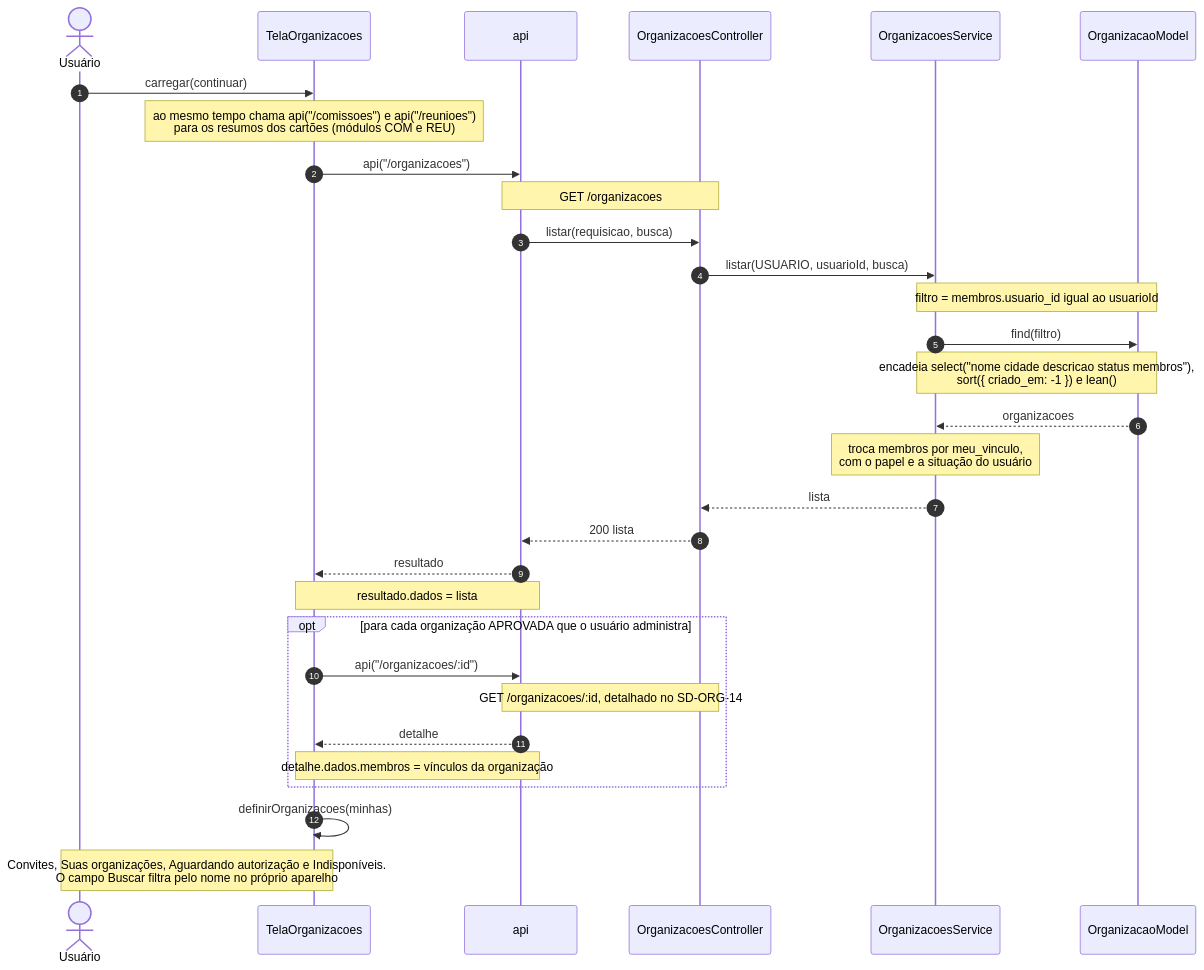
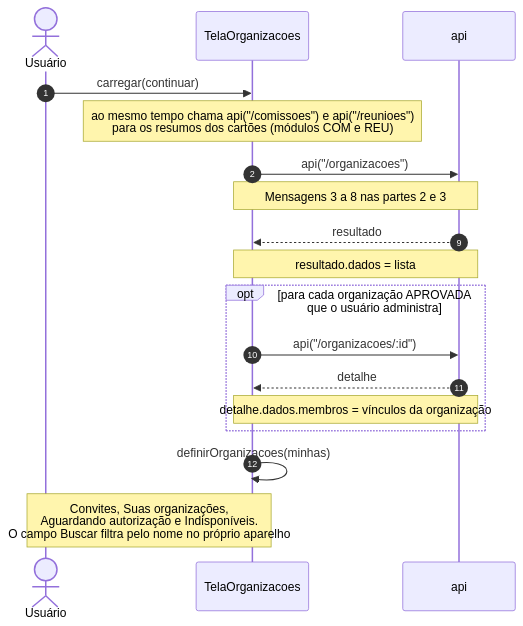
One commit to Conecta-IFSP/DOCUMENTATION changed the fourth of 47 diagrams in 2 - Incremento 1/cadastro-organizacao/6 - diagramas-sequencia-cadastro-organizacao.md. Above: the diagram before and after it, drawn with Mermaid. The commit also changed other lines of this file and 5 other files, not shown here.

Commit message:
Divide os diagramas de sequência dos incrementos 1 e 2 em partes legíveis

````diff
--- a/2 - Incremento 1/cadastro-organizacao/6 - diagramas-sequencia-cadastro-organizacao.md
+++ b/2 - Incremento 1/cadastro-organizacao/6 - diagramas-sequencia-cadastro-organizacao.md
@@ -62,33 +105,21 @@
 ```mermaid
 sequenceDiagram
-    autonumber
+    autonumber 1
     actor U as Usuário
     participant T as TelaOrganizacoes
     participant A as api
-    participant C as OrganizacoesController
-    participant S as OrganizacoesService
-    participant M as OrganizacaoModel
     U->>T: carregar(continuar)
     Note over T: ao mesmo tempo chama api("/comissoes") e api("/reunioes")<br/>para os resumos dos cartões (módulos COM e REU)
     T->>A: api("/organizacoes")
-    Note over A,C: GET /organizacoes
-    A->>C: listar(requisicao, busca)
-    C->>S: listar(USUARIO, usuarioId, busca)
-    Note over S,M: filtro = membros.usuario_id igual ao usuarioId
-    S->>M: find(filtro)
-    Note over S,M: encadeia select("nome cidade descricao status membros"),<br/>sort({ criado_em: -1 }) e lean()
-    M-->>S: organizacoes
-    Note over S: troca membros por meu_vinculo,<br/>com o papel e a situação do usuário
-    S-->>C: lista
-    C-->>A: 200 lista
+    Note over T,A: Mensagens 3 a 8 nas partes 2 e 3
+    autonumber 9
     A-->>T: resultado
     Note over T,A: resultado.dados = lista
     opt para cada organização APROVADA que o usuário administra
         T->>A: api("/organizacoes/:id")
-        Note over A,C: GET /organizacoes/:id, detalhado no SD-ORG-14
         A-->>T: detalhe
         Note over T,A: detalhe.dados.membros = vínculos da organização
     end
     T->>T: definirOrganizacoes(minhas)
-    Note over U,T: Convites, Suas organizações, Aguardando autorização e Indisponíveis.<br/>O campo Buscar filtra pelo nome no próprio aparelho
+    Note over U,T: Convites, Suas organizações,<br/>Aguardando autorização e Indisponíveis.<br/>O campo Buscar filtra pelo nome no próprio aparelho
 ```
````
